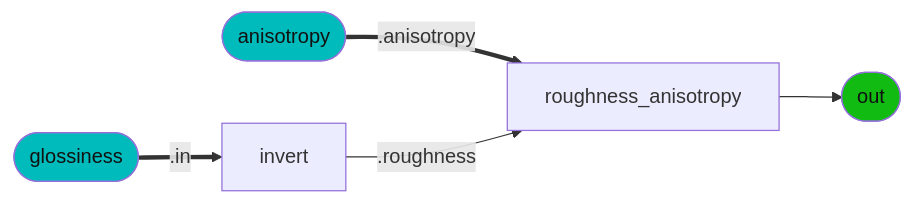
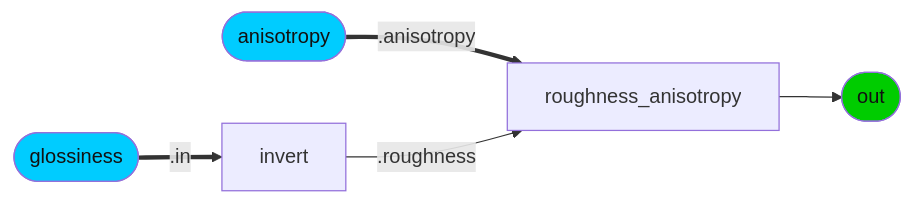
Before and after one commit to kwokcb/MaterialX_Learn: the diagram in documents/definitions/pbrlib_doc.md, drawn with Mermaid. The commit also changed other lines of this file and 435 other files, not shown here.

````diff
--- a/documents/definitions/pbrlib_doc.md
+++ b/documents/definitions/pbrlib_doc.md
@@ -748,11 +748,11 @@
 ```mermaid
 graph LR; 
     IMP_glossiness_anisotropy_roughness1[roughness_anisotropy] --> IMP_glossiness_anisotropy_out([out])
-    style IMP_glossiness_anisotropy_out fill:#1b1, color:#111
+    style IMP_glossiness_anisotropy_out fill:#0C0, color:#111
     IMP_glossiness_anisotropy_anisotropyINT([anisotropy]) ==.anisotropy==> IMP_glossiness_anisotropy_roughness1[roughness_anisotropy]
-    style IMP_glossiness_anisotropy_anisotropyINT fill:#0bb, color:#111
+    style IMP_glossiness_anisotropy_anisotropyINT fill:#0CF, color:#111
     IMP_glossiness_anisotropy_invert1[invert] --".roughness"--> IMP_glossiness_anisotropy_roughness1[roughness_anisotropy]
     IMP_glossiness_anisotropy_glossinessINT([glossiness]) ==.in==> IMP_glossiness_anisotropy_invert1[invert]
-    style IMP_glossiness_anisotropy_glossinessINT fill:#0bb, color:#111
+    style IMP_glossiness_anisotropy_glossinessINT fill:#0CF, color:#111
 
 ```
````
